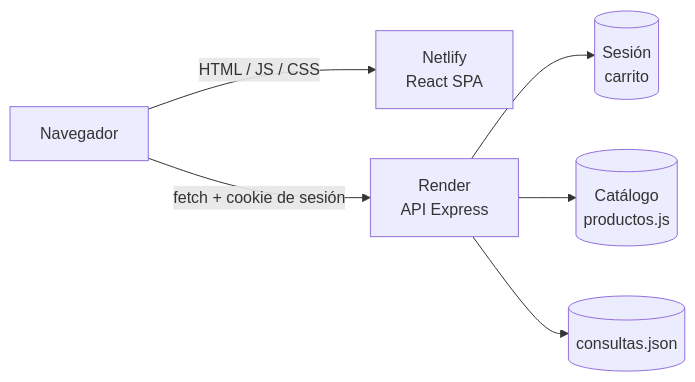
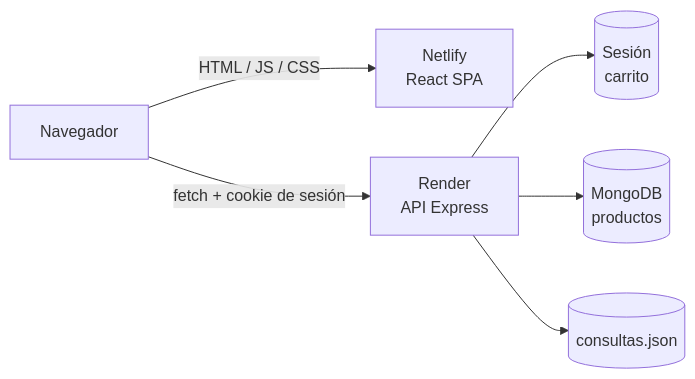
One commit to B3RZVS/MuebleriaHnosJota_FullStack changed the diagram in README.md. Above: the diagram before and after it, drawn with Mermaid. The commit also changed other lines of this file and 17 other files, not shown here.

````diff
--- a/README.md
+++ b/README.md
@@ -184,8 +194,8 @@
 ```mermaid
 flowchart LR
     U[Navegador] -->|HTML / JS / CSS| N[Netlify<br/>React SPA]
     U -->|fetch + cookie de sesión| R[Render<br/>API Express]
     R --> S[(Sesión<br/>carrito)]
-    R --> P[(Catálogo<br/>productos.js)]
+    R --> P[(MongoDB<br/>productos)]
     R --> C[(consultas.json)]
 ```
````
